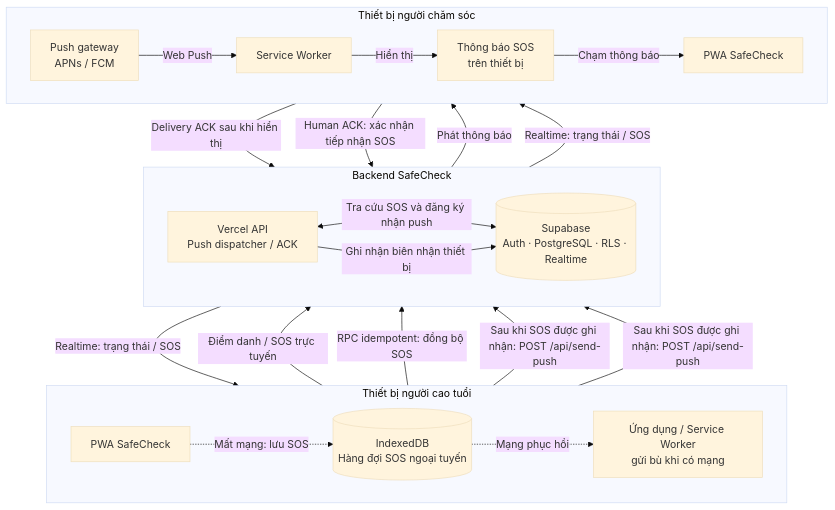
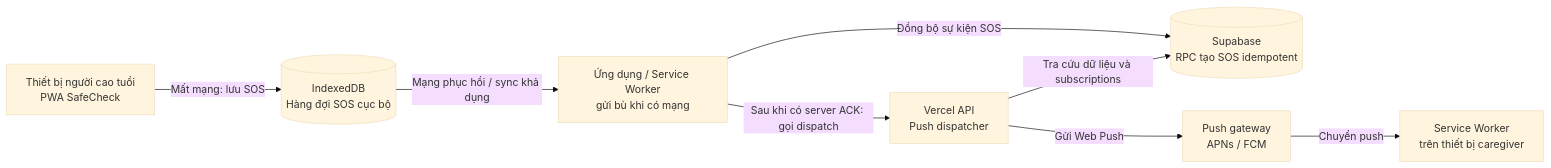
The second of 2 diagrams in README.md (pht1412/SafeCheck-App), drawn with Mermaid (base theme) before and after one commit. The commit also changed other lines of this file, not shown here.

Commit message:
docs: split SOS architecture into readable flows

````diff
--- a/README.md
+++ b/README.md
@@ -56,40 +81,18 @@
 ```mermaid
-flowchart TB
-    subgraph ELDERLY["Thiết bị người cao tuổi"]
-        direction LR
-        E["PWA SafeCheck"]
-        Q[("IndexedDB<br/>Hàng đợi SOS ngoại tuyến")]
-        R["Ứng dụng / Service Worker<br/>gửi bù khi có mạng"]
-        E -.->|"Mất mạng: lưu SOS"| Q
-        Q -.->|"Mạng phục hồi"| R
-    end
+flowchart LR
+    E["Thiết bị người cao tuổi<br/>PWA SafeCheck"]
+    Q[("IndexedDB<br/>Hàng đợi SOS cục bộ")]
+    R["Ứng dụng / Service Worker<br/>gửi bù khi có mạng"]
+    DB[("Supabase<br/>RPC tạo SOS idempotent")]
+    API["Vercel API<br/>Push dispatcher"]
+    GW["Push gateway<br/>APNs / FCM"]
+    SW["Service Worker<br/>trên thiết bị caregiver"]
 
-    subgraph BACKEND["Backend SafeCheck"]
-        direction LR
-        DB[("Supabase<br/>Auth · PostgreSQL · RLS · Realtime")]
-        API["Vercel API<br/>Push dispatcher / ACK"]
-    end
-
-    subgraph CAREGIVER["Thiết bị người chăm sóc"]
-        direction LR
-        GW["Push gateway<br/>APNs / FCM"]
-        SW["Service Worker"]
-        N["Thông báo SOS<br/>trên thiết bị"]
-        C["PWA SafeCheck"]
-        GW -->|"Web Push"| SW
-        SW -->|"Hiển thị"| N
-        N -->|"Chạm thông báo"| C
-    end
-
-    E -->|"Điểm danh / SOS trực tuyến"| DB
-    R -->|"RPC idempotent: đồng bộ SOS"| DB
-    E -->|"Sau khi SOS được ghi nhận: POST /api/send-push"| API
-    R -->|"Sau khi SOS được ghi nhận: POST /api/send-push"| API
-    API <-->|"Tra cứu SOS và đăng ký nhận push"| DB
-    API -->|"Phát thông báo"| GW
-    SW -->|"Delivery ACK sau khi hiển thị"| API
-    API -->|"Ghi nhận biên nhận thiết bị"| DB
-    C -->|"Human ACK: xác nhận tiếp nhận SOS"| DB
-    DB -->|"Realtime: trạng thái / SOS"| C
-    DB -->|"Realtime: trạng thái / SOS"| E
+    E -->|"Mất mạng: lưu SOS"| Q
+    Q -->|"Mạng phục hồi / sync khả dụng"| R
+    R -->|"Đồng bộ sự kiện SOS"| DB
+    R -->|"Sau khi có server ACK: gọi dispatch"| API
+    API -->|"Tra cứu dữ liệu và subscriptions"| DB
+    API -->|"Gửi Web Push"| GW
+    GW -->|"Chuyển push"| SW
 ```
````
